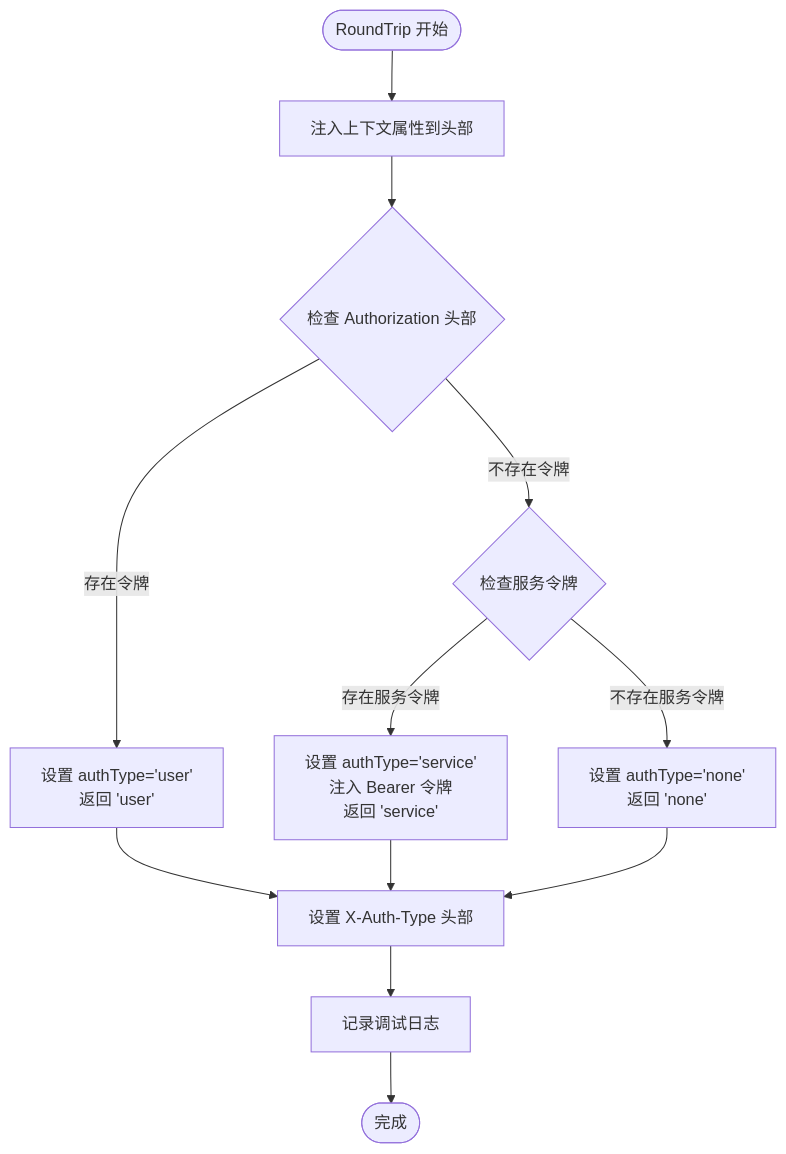
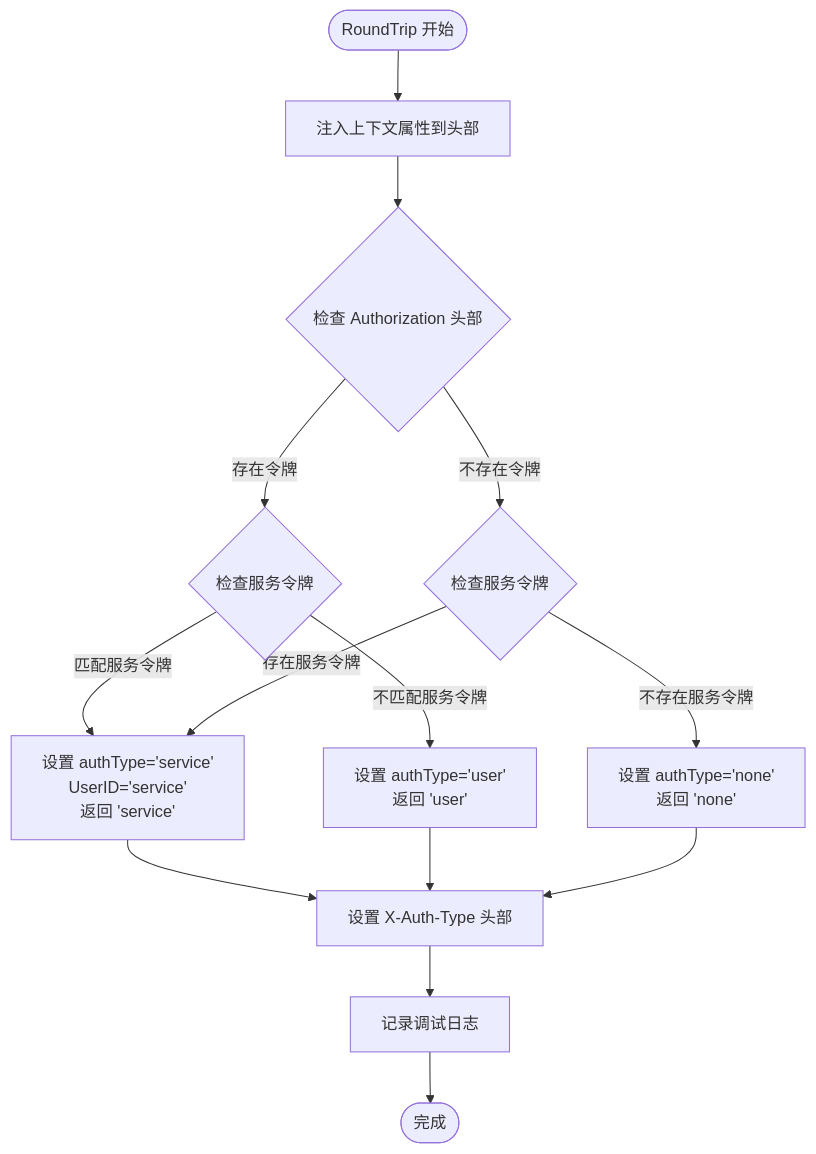
The seventh of 10 diagrams in .qoder/repowiki/zh/content/Mcpx Authentication System.md (maomao94/zero-service), drawn with Mermaid before and after one commit. The commit also changed other lines of this file and 58 other files, not shown here.

````diff
--- a/.qoder/repowiki/zh/content/Mcpx Authentication System.md
+++ b/.qoder/repowiki/zh/content/Mcpx Authentication System.md
@@ -430,14 +398,16 @@
 ```mermaid
 flowchart TD
 Start([RoundTrip 开始]) --> Inject["注入上下文属性到头部"]
 Inject --> CheckAuth{"检查 Authorization 头部"}
-CheckAuth --> |存在令牌| UserAuth["设置 authType='user'<br/>返回 'user'"]
+CheckAuth --> |存在令牌| CheckServiceToken{"检查服务令牌"}
+CheckServiceToken --> |匹配服务令牌| ServiceAuth["设置 authType='service'<br/>UserID='service'<br/>返回 'service'"]
+CheckServiceToken --> |不匹配服务令牌| UserAuth["设置 authType='user'<br/>返回 'user'"]
 CheckAuth --> |不存在令牌| CheckService{"检查服务令牌"}
-CheckService --> |存在服务令牌| ServiceAuth["设置 authType='service'<br/>注入 Bearer 令牌<br/>返回 'service'"]
+CheckService --> |存在服务令牌| ServiceAuth
 CheckService --> |不存在服务令牌| NoneAuth["设置 authType='none'<br/>返回 'none'"]
-UserAuth --> SetHeader["设置 X-Auth-Type 头部"]
-ServiceAuth --> SetHeader
+ServiceAuth --> SetHeader["设置 X-Auth-Type 头部"]
+UserAuth --> SetHeader
 NoneAuth --> SetHeader
 SetHeader --> Log["记录调试日志"]
 Log --> End([完成])
 ```
````
